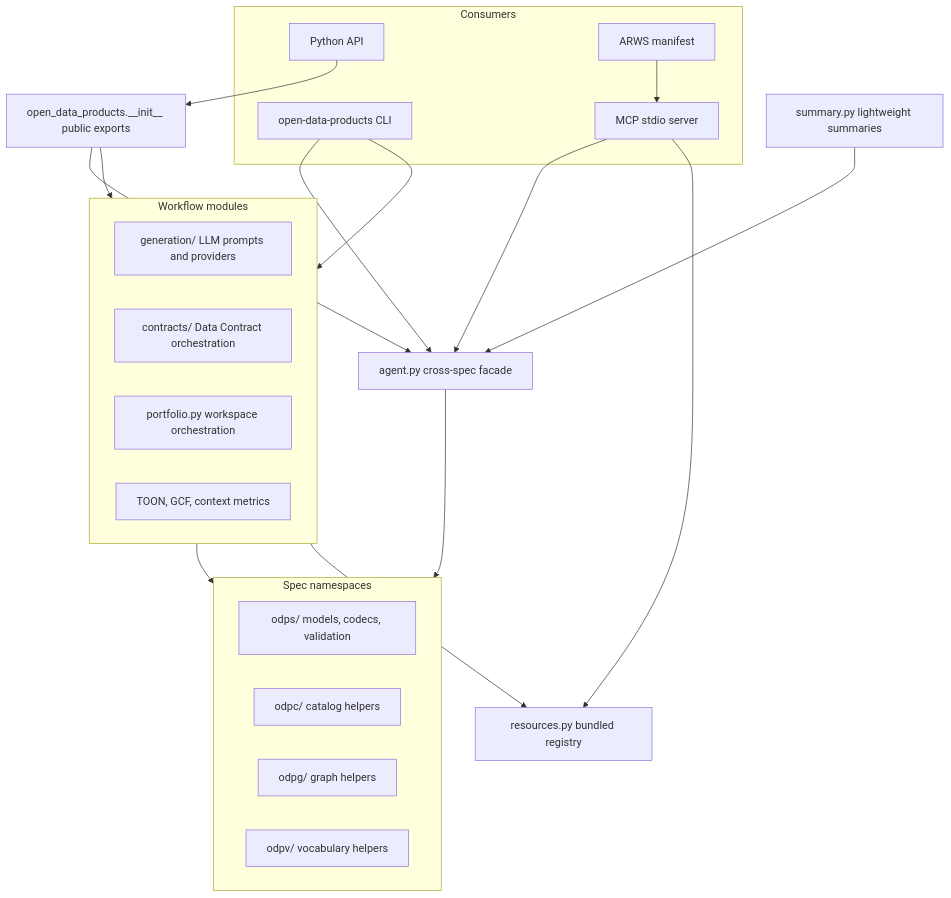
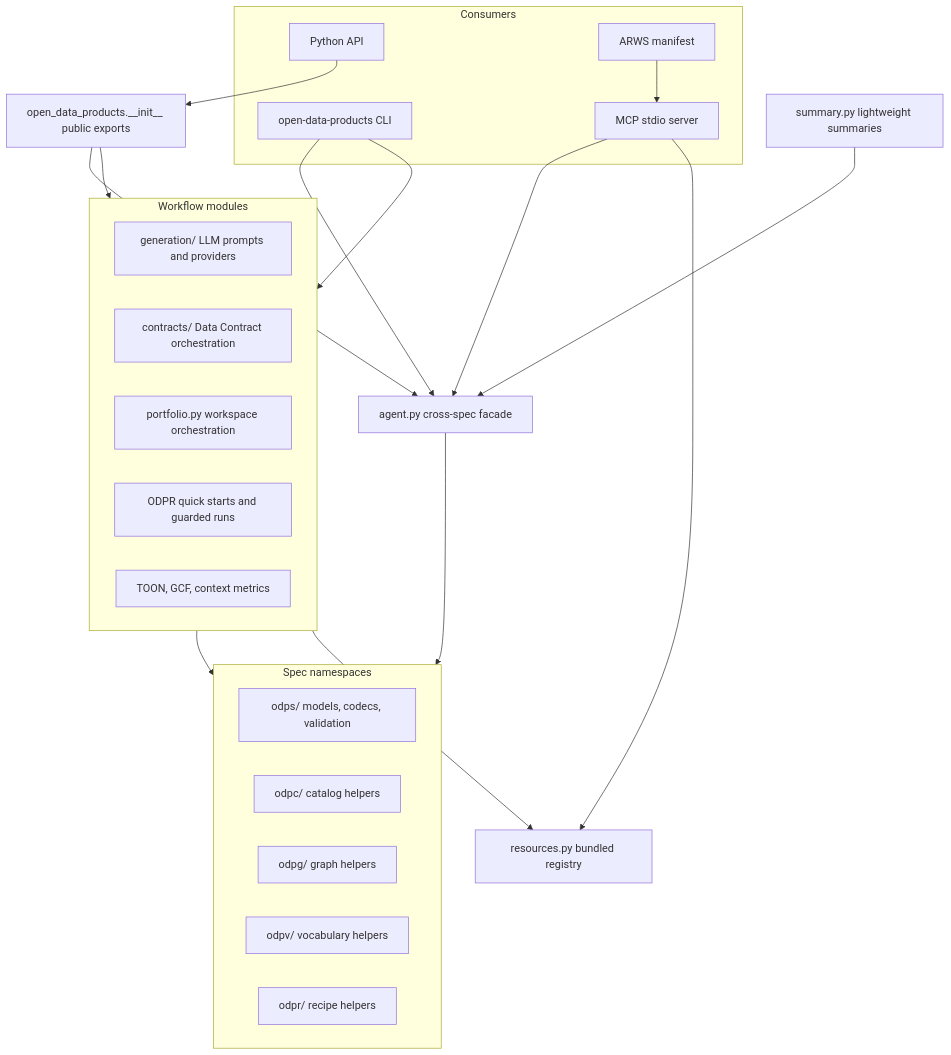
Before and after one commit to Open-Data-Product-Initiative/odp-agent-sdk: the first of 9 diagrams in docs/development/sdk-architecture.md, drawn with Mermaid. The commit also changed other lines of this file and 30 other files, not shown here.

Commit message:
Implement ODPR starter recipe initialization

````diff
--- a/docs/development/sdk-architecture.md
+++ b/docs/development/sdk-architecture.md
@@ -23,41 +24,43 @@
 ```mermaid
 flowchart TB
     subgraph Consumers
         Python[Python API]
         CLI[open-data-products CLI]
         MCP[MCP stdio server]
         Manifest[ARWS manifest]
     end
 
     Public[open_data_products.__init__ public exports]
     Agent[agent.py cross-spec facade]
     Resources[resources.py bundled registry]
     Summary[summary.py lightweight summaries]
 
     subgraph SpecNamespaces[Spec namespaces]
         ODPS[odps/ models, codecs, validation]
         ODPC[odpc/ catalog helpers]
         ODPG[odpg/ graph helpers]
         ODPV[odpv/ vocabulary helpers]
+        ODPR[odpr/ recipe helpers]
     end
 
     subgraph WorkflowModules[Workflow modules]
         Generation[generation/ LLM prompts and providers]
         Contracts[contracts/ Data Contract orchestration]
         Portfolio[portfolio.py workspace orchestration]
+        Recipes[ODPR quick starts and guarded runs]
         Context[TOON, GCF, context metrics]
     end
 
     Python --> Public
     CLI --> Agent
     CLI --> WorkflowModules
     MCP --> Agent
     MCP --> Resources
     Manifest --> MCP
     Public --> Agent
     Public --> WorkflowModules
     Agent --> SpecNamespaces
     Summary --> Agent
     WorkflowModules --> SpecNamespaces
     WorkflowModules --> Resources
 ```
````
